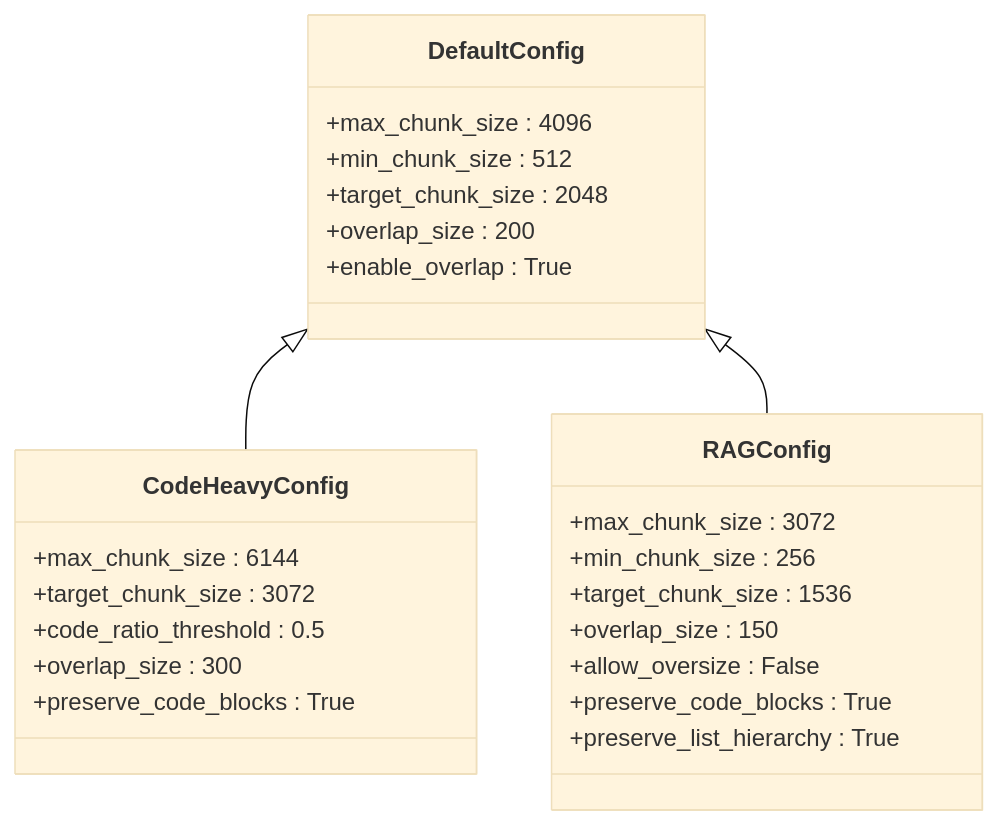
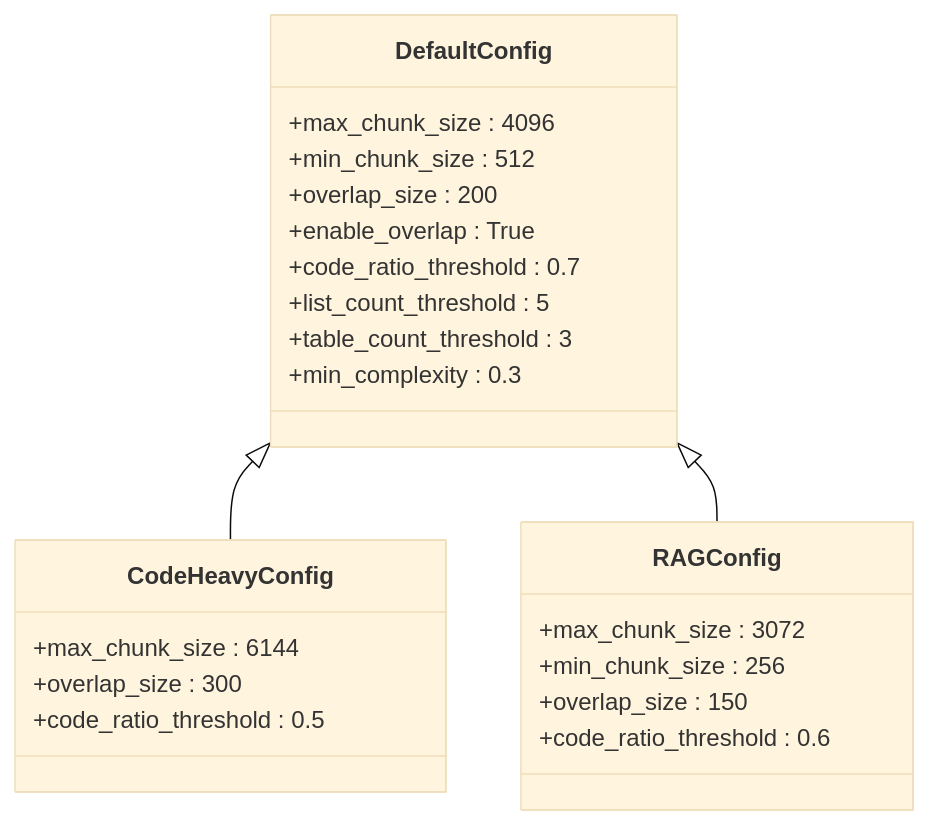
Before and after one commit to asukhodko/dify-markdown-chunker: the fourth of 5 diagrams in .qoder/repowiki/en/content/Core Concepts/Configuration Profiles.md, drawn with Mermaid (base theme). The commit also changed other lines of this file and 6 other files, not shown here.

First line of the commit message:
docs(architecture): add detailed architecture audit and redesign documentation

````diff
--- a/.qoder/repowiki/en/content/Core Concepts/Configuration Profiles.md
+++ b/.qoder/repowiki/en/content/Core Concepts/Configuration Profiles.md
@@ -281,28 +269,26 @@
 ```mermaid
 classDiagram
 class DefaultConfig {
 +max_chunk_size : 4096
 +min_chunk_size : 512
-+target_chunk_size : 2048
 +overlap_size : 200
 +enable_overlap : True
++code_ratio_threshold : 0.7
++list_count_threshold : 5
++table_count_threshold : 3
++min_complexity : 0.3
 }
 class CodeHeavyConfig {
 +max_chunk_size : 6144
-+target_chunk_size : 3072
++overlap_size : 300
 +code_ratio_threshold : 0.5
-+overlap_size : 300
-+preserve_code_blocks : True
 }
 class RAGConfig {
 +max_chunk_size : 3072
 +min_chunk_size : 256
-+target_chunk_size : 1536
 +overlap_size : 150
-+allow_oversize : False
-+preserve_code_blocks : True
-+preserve_list_hierarchy : True
++code_ratio_threshold : 0.6
 }
 DefaultConfig <|-- CodeHeavyConfig
 DefaultConfig <|-- RAGConfig
 ```
````
